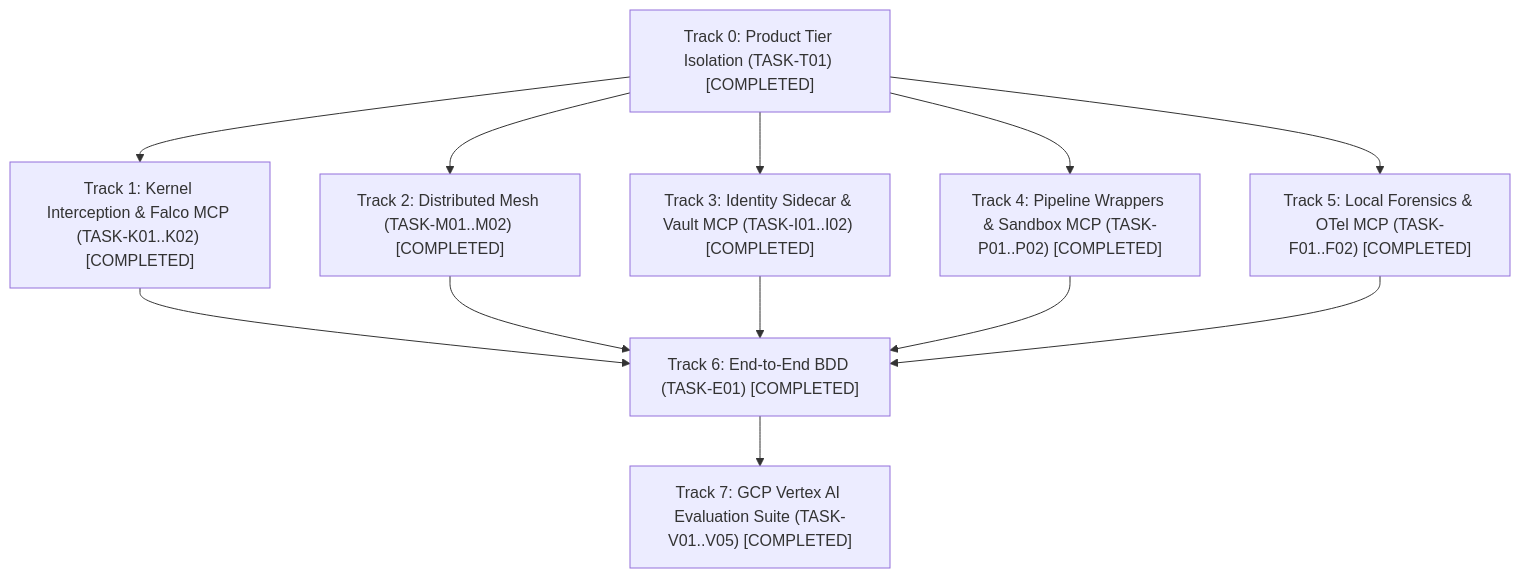
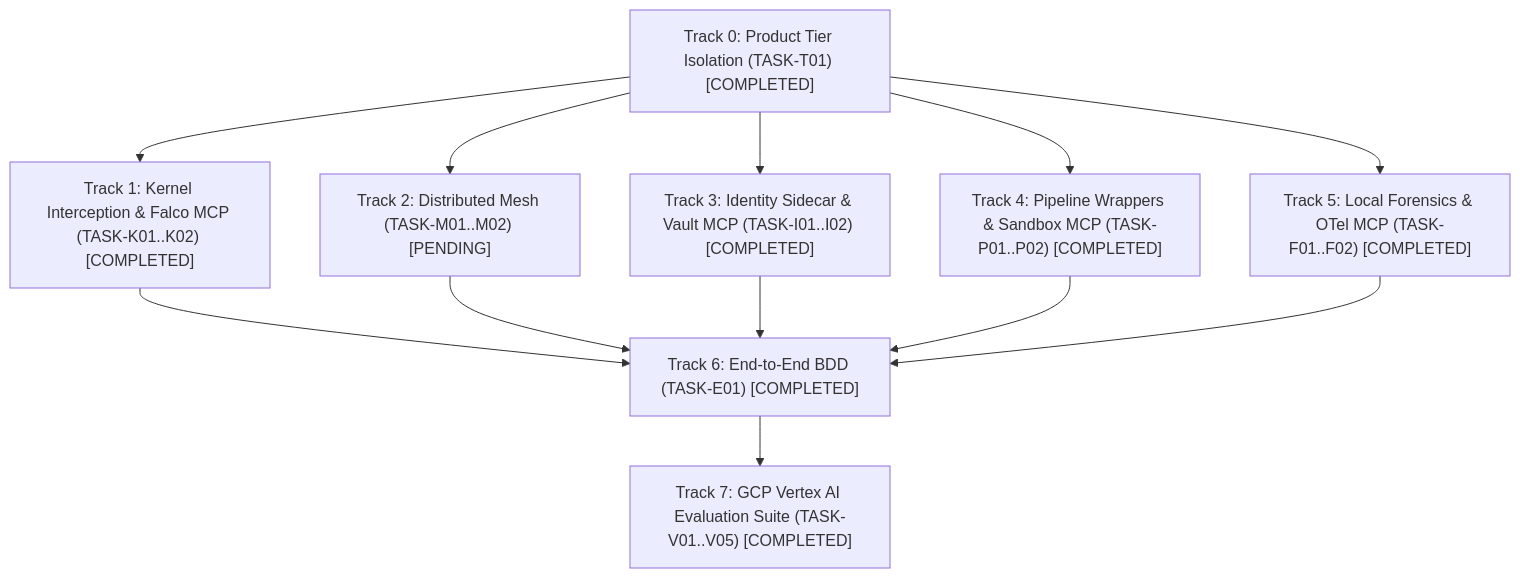
One commit to JAaron93/Blackwall changed the diagram in .kiro/specs/blackwall-enterprise-security-mesh/tasks.md. Above: the diagram before and after it, drawn with Mermaid. The commit also changed other lines of this file, not shown here.

First line of the commit message:
docs(spec): mark Track 2 Distributed Threat Mesh tasks as pending implementation

````diff
--- a/.kiro/specs/blackwall-enterprise-security-mesh/tasks.md
+++ b/.kiro/specs/blackwall-enterprise-security-mesh/tasks.md
@@ -9,25 +9,25 @@
 ```mermaid
 graph TD
     Track0["Track 0: Product Tier Isolation (TASK-T01) [COMPLETED]"]
     Track1["Track 1: Kernel Interception & Falco MCP (TASK-K01..K02) [COMPLETED]"]
-    Track2["Track 2: Distributed Mesh (TASK-M01..M02) [COMPLETED]"]
+    Track2["Track 2: Distributed Mesh (TASK-M01..M02) [PENDING]"]
     Track3["Track 3: Identity Sidecar & Vault MCP (TASK-I01..I02) [COMPLETED]"]
     Track4["Track 4: Pipeline Wrappers & Sandbox MCP (TASK-P01..P02) [COMPLETED]"]
     Track5["Track 5: Local Forensics & OTel MCP (TASK-F01..F02) [COMPLETED]"]
     Track6["Track 6: End-to-End BDD (TASK-E01) [COMPLETED]"]
     Track7["Track 7: GCP Vertex AI Evaluation Suite (TASK-V01..V05) [COMPLETED]"]
 
     Track0 --> Track1
     Track0 --> Track2
     Track0 --> Track3
     Track0 --> Track4
     Track0 --> Track5
 
     Track1 --> Track6
     Track2 --> Track6
     Track3 --> Track6
     Track4 --> Track6
     Track5 --> Track6
 
     Track6 --> Track7
 ```
````
